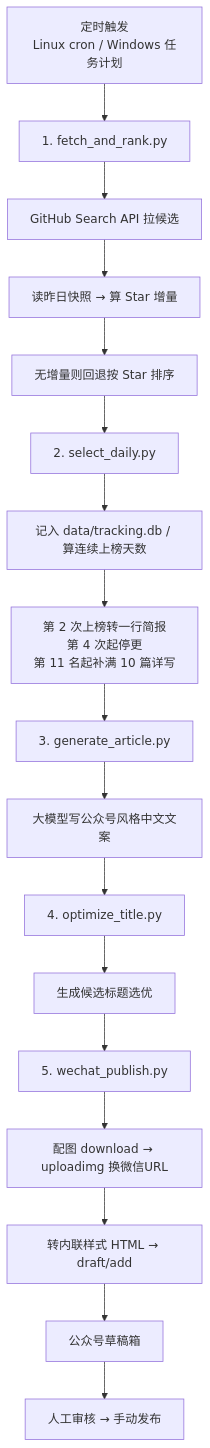
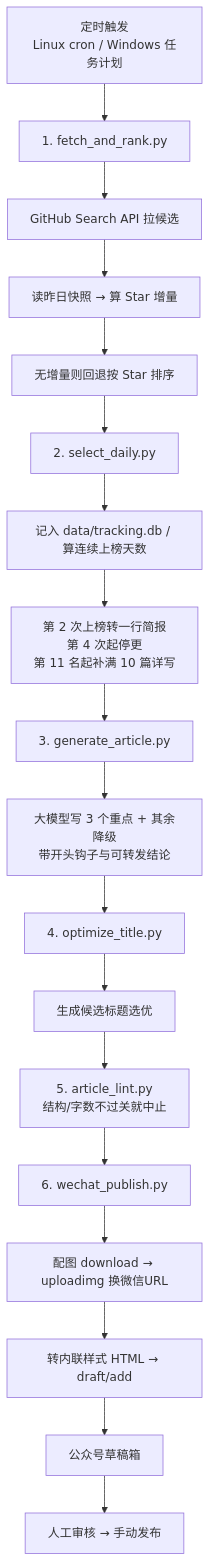
Before and after one commit to chenchen-0212/github-trending-to-wechat: the diagram in README.md, drawn with Mermaid. The commit also changed other lines of this file and 6 other files, not shown here.

First line of the commit message:
feat(read-rate): 榜单文改成 3 个重点 + 其余降级，加完读率自检闸门

````diff
--- a/README.md
+++ b/README.md
@@ -13,19 +13,20 @@
 ```mermaid
 flowchart TD
     A[定时触发<br/>Linux cron / Windows 任务计划] --> B[1. fetch_and_rank.py]
     B --> B1[GitHub Search API 拉候选]
     B1 --> B2[读昨日快照 → 算 Star 增量]
     B2 --> B3[无增量则回退按 Star 排序]
     B3 --> B4[2. select_daily.py]
     B4 --> B5[记入 data/tracking.db / 算连续上榜天数]
     B5 --> B6[第 2 次上榜转一行简报<br/>第 4 次起停更<br/>第 11 名起补满 10 篇详写]
     B6 --> C[3. generate_article.py]
-    C --> C1[大模型写公众号风格中文文案]
+    C -->     C1[大模型写 3 个重点 + 其余降级<br/>带开头钩子与可转发结论]
     C1 --> D[4. optimize_title.py]
     D --> D1[生成候选标题选优]
-    D1 --> E[5. wechat_publish.py]
+    D1 --> D2[5. article_lint.py<br/>结构/字数不过关就中止]
+    D2 --> E[6. wechat_publish.py]
     E --> E1[配图 download → uploadimg 换微信URL]
     E1 --> E2[转内联样式 HTML → draft/add]
     E2 --> F[公众号草稿箱]
     F --> G[人工审核 → 手动发布]
 ```
````
